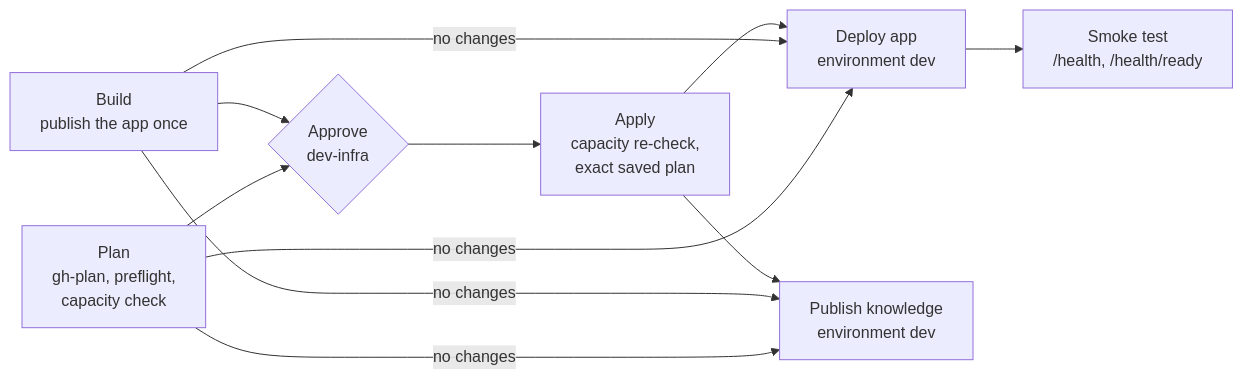
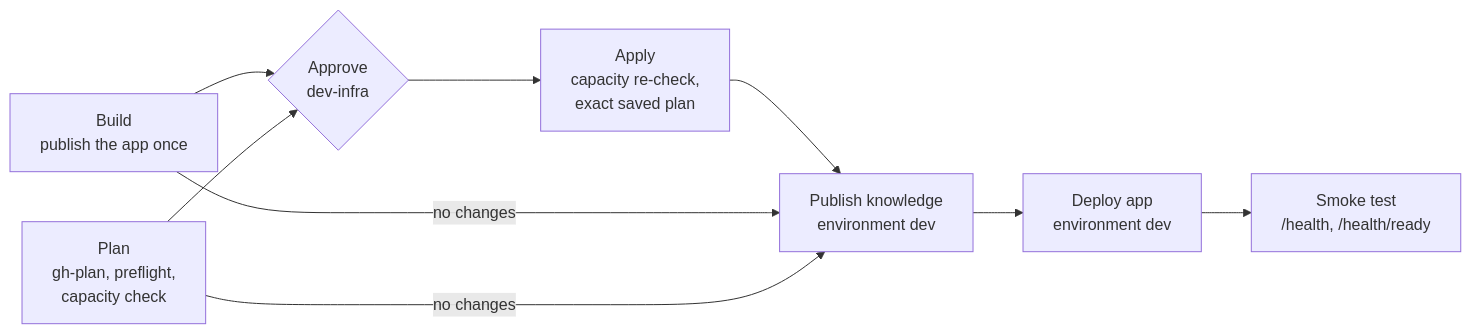
One commit to ankurparekh1988/payment-ops-investigation-agent changed the first of 2 diagrams in docs/Deployment.md. Above: the diagram before and after it, drawn with Mermaid. The commit also changed other lines of this file and 114 other files, not shown here.

````diff
--- a/docs/Deployment.md
+++ b/docs/Deployment.md
@@ -195,13 +195,11 @@
 ```mermaid
 flowchart LR
   B["Build<br/>publish the app once"] --> A
   P["Plan<br/>gh-plan, preflight,<br/>capacity check"] --> A{"Approve<br/>dev-infra"}
   A --> AP["Apply<br/>capacity re-check,<br/>exact saved plan"]
-  AP --> D["Deploy app<br/>environment dev"]
-  B -->|no changes| D
-  P -->|no changes| D
-  D --> S["Smoke test<br/>/health, /health/ready"]
   AP --> K["Publish knowledge<br/>environment dev"]
   B -->|no changes| K
   P -->|no changes| K
+  K --> D["Deploy app<br/>environment dev"]
+  D --> S["Smoke test<br/>/health, /health/ready"]
 ```
````
